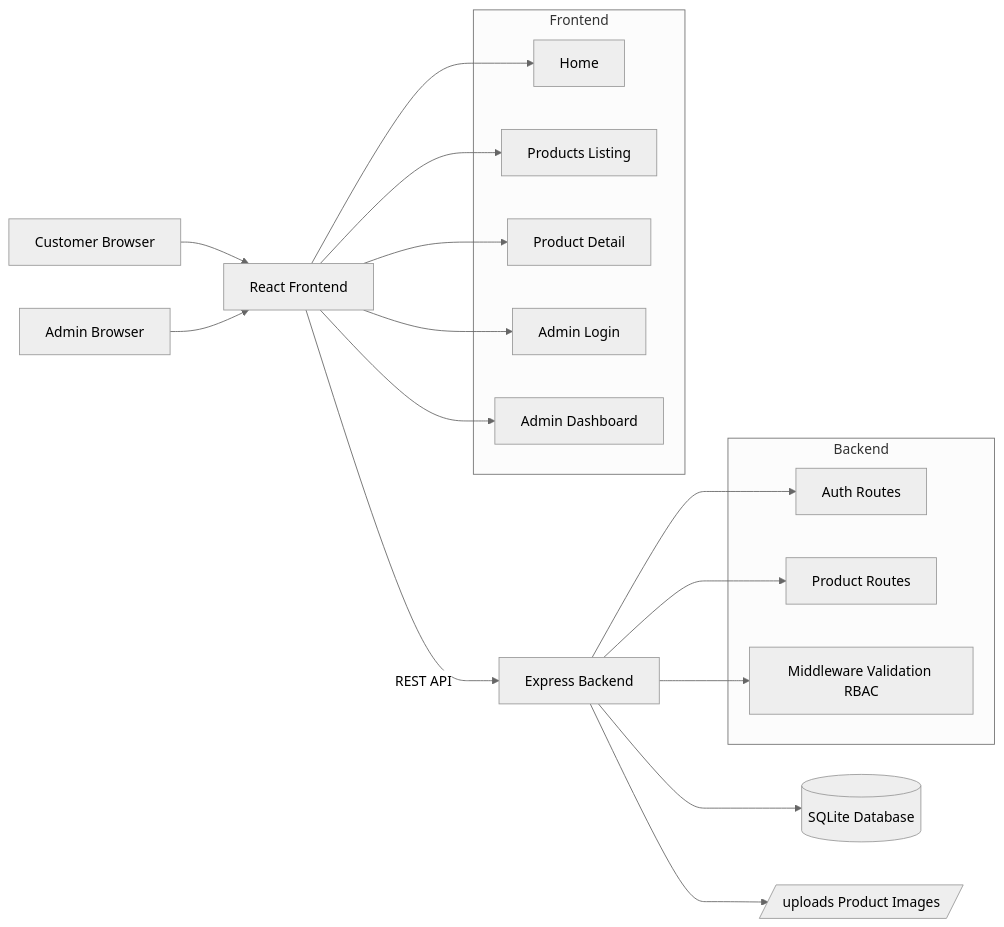
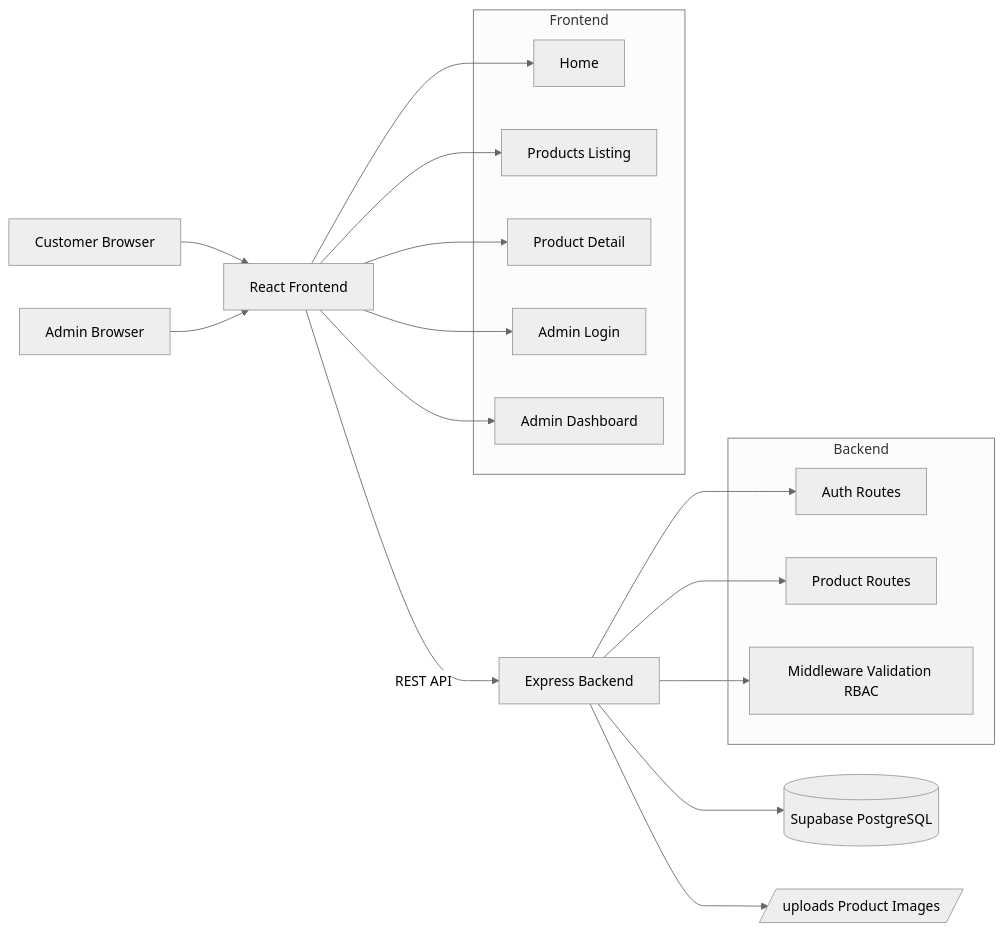
One commit to Chinthasaiganesh/Vaishnavi-Silk-Emporium changed the first of 2 diagrams in README.md. Above: the diagram before and after it, drawn with Mermaid (neutral theme). The commit also changed other lines of this file and 39 other files, not shown here.

````diff
--- a/README.md
+++ b/README.md
@@ -50,32 +50,32 @@
 ```mermaid
 flowchart LR
   C[Customer Browser] --> F[React Frontend]
   A[Admin Browser] --> F
   F -->|REST API| B[Express Backend]
-  B --> D[(SQLite Database)]
+  B --> D[(Supabase PostgreSQL)]
   B --> U[/uploads Product Images/]
 
   subgraph Frontend
     F1[Home]
     F2[Products Listing]
     F3[Product Detail]
     F4[Admin Login]
     F5[Admin Dashboard]
   end
 
   F --> F1
   F --> F2
   F --> F3
   F --> F4
   F --> F5
 
   subgraph Backend
     B1[Auth Routes]
     B2[Product Routes]
     B3[Middleware Validation RBAC]
   end
 
   B --> B1
   B --> B2
   B --> B3
 ```
````
